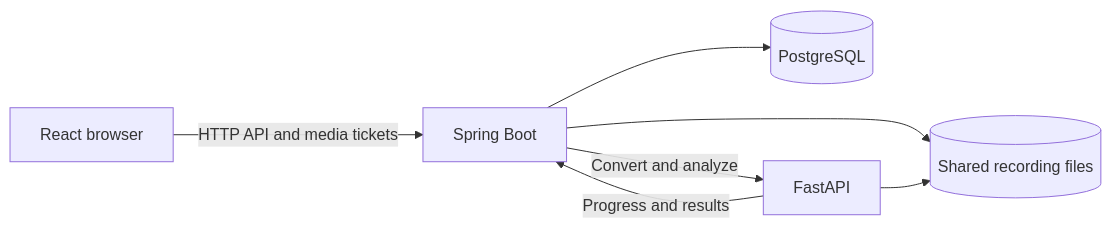
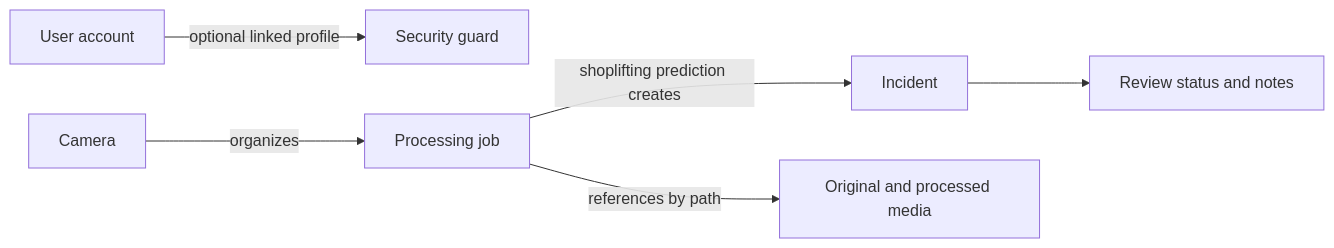
Before and after one commit to Langenidzweli/virtual-guard: the first of 2 diagrams in README.md, drawn with Mermaid. The commit also changed other lines of this file and 7 other files, not shown here.

Commit message:
Expand README with project details, screenshots, and architecture diagrams

````diff
--- a/README.md
+++ b/README.md
@@ -21,9 +127,8 @@
 ```mermaid
 flowchart LR
-    Browser[React browser] -->|HTTP API and media tickets| Backend[Spring Boot]
-    Backend --> DB[(PostgreSQL)]
-    Backend -->|Convert and analyze| AI[FastAPI]
-    AI -->|Progress and results| Backend
-    Backend --> Media[(Shared recording files)]
-    AI --> Media
+    Account[User account] -->|optional linked profile| Guard[Security guard]
+    Camera[Camera] -->|organizes| Job[Processing job]
+    Job -->|shoplifting prediction creates| Incident[Incident]
+    Incident --> Review[Review status and notes]
+    Job -->|references by path| Media[Original and processed media]
 ```
````
